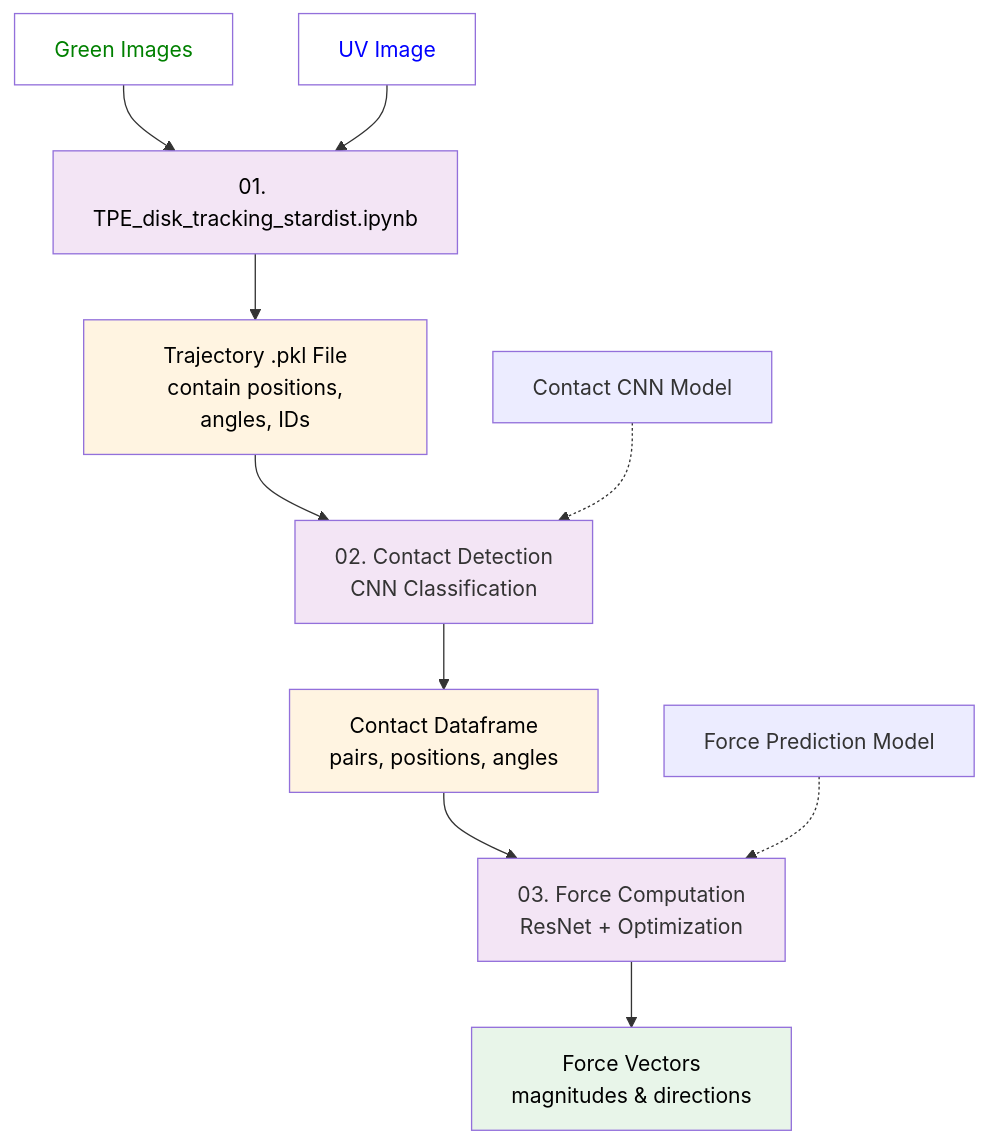
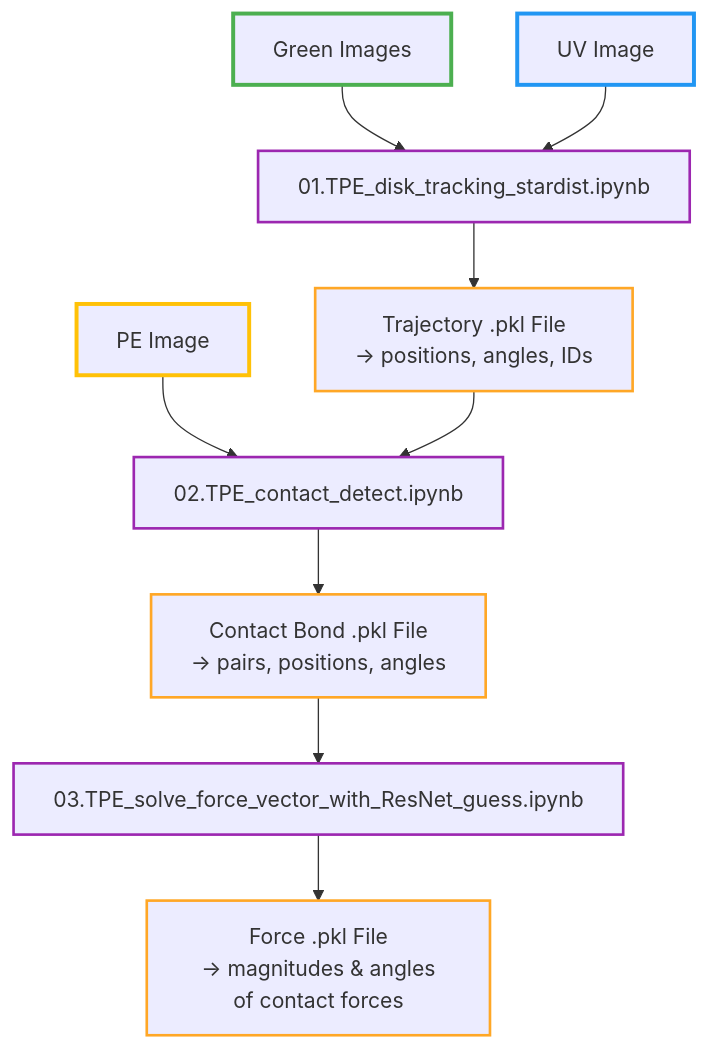
Before and after one commit to jctsaigroup/TPE-Disk-Image-Processing: the diagram in README.md, drawn with Mermaid. The commit also changed other lines of this file and 1 other file, not shown here.

Commit message:
Update README with theme-friendly mermaid diagram and notebook changes

````diff
--- a/README.md
+++ b/README.md
@@ -9,22 +9,21 @@
 ```mermaid
 flowchart TD
-    I1[Green Images] --> B[01. TPE_disk_tracking_stardist.ipynb]
+    I1[Green Images] --> B[01.TPE_disk_tracking_stardist.ipynb]
     I2[UV Image] --> B
-    B --> C[Trajectory .pkl File<br/> contain positions, angles, IDs]
-    C --> D[02. Contact Detection<br/>CNN Classification]
-    D --> E[Contact Dataframe<br/>pairs, positions, angles]
-    E --> F[03. Force Computation<br/>ResNet + Optimization]
-    F --> G[Force Vectors<br/>magnitudes & directions]
-    
-    I[Contact CNN Model] -.-> D
-    J[Force Prediction Model] -.-> F
-    
-    style I1 fill: white, color:green
-    style I2 fill: white, color:blue
-    style C fill:#fff4e1, color:black
-    style E fill:#fff4e1, color:black
-    style G fill:#e8f5e9, color:black
-    style B fill:#f3e5f5,color:black
-    style D fill:#f3e5f5
-    style F fill:#f3e5f5
+    I3[PE Image] --> D
+    B --> C[Trajectory .pkl File<br/> -> positions, angles, IDs]
+    C --> D[02.TPE_contact_detect.ipynb]
+    D --> E[Contact Bond .pkl File<br/> -> pairs, positions, angles]
+    E --> F[03.TPE_solve_force_vector_with_ResNet_guess.ipynb]
+    F --> G[Force .pkl File<br/> -> magnitudes & angles of contact forces]
+        
+    style I1 stroke:#4CAF50,stroke-width:3px
+    style I2 stroke:#2196F3,stroke-width:3px
+    style I3 stroke:#FFC107,stroke-width:3px
+    style C stroke:#FFA726,stroke-width:2px
+    style E stroke:#FFA726,stroke-width:2px
+    style G stroke:#FFA726,stroke-width:2px
+    style B stroke:#9C27B0,stroke-width:2px
+    style D stroke:#9C27B0,stroke-width:2px
+    style F stroke:#9C27B0,stroke-width:2px
 ```
````
